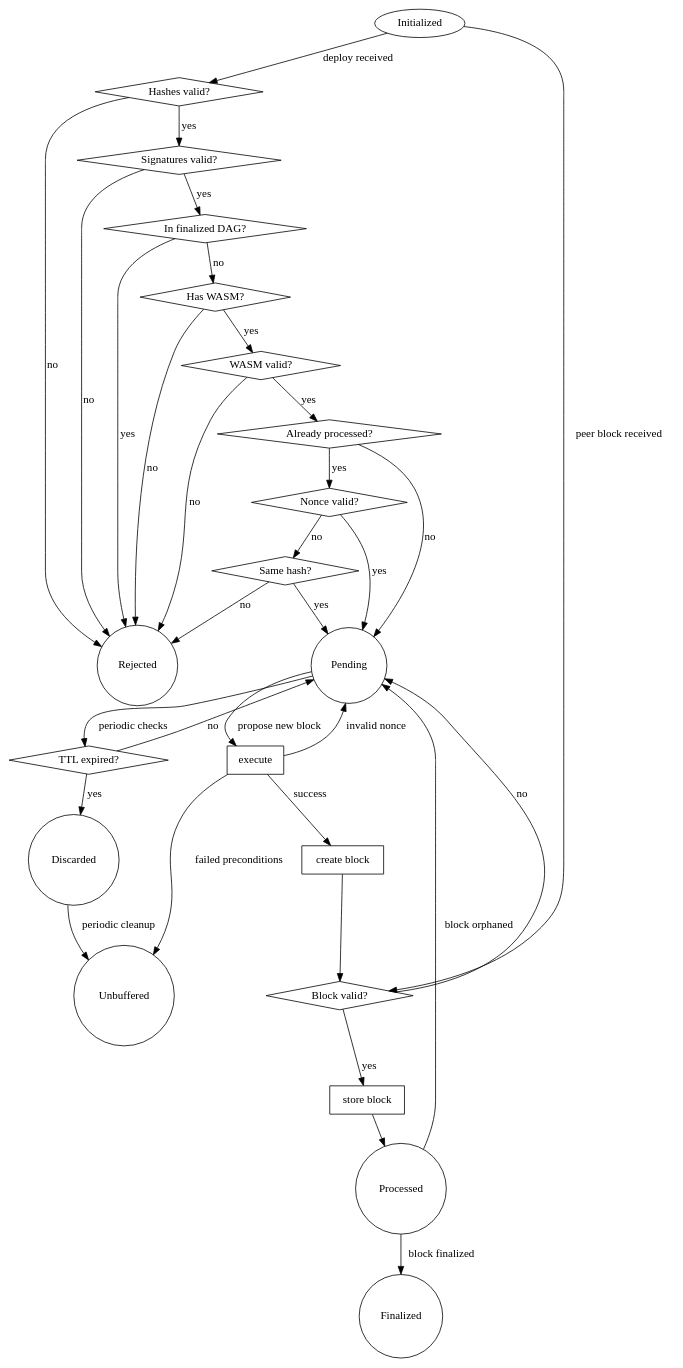
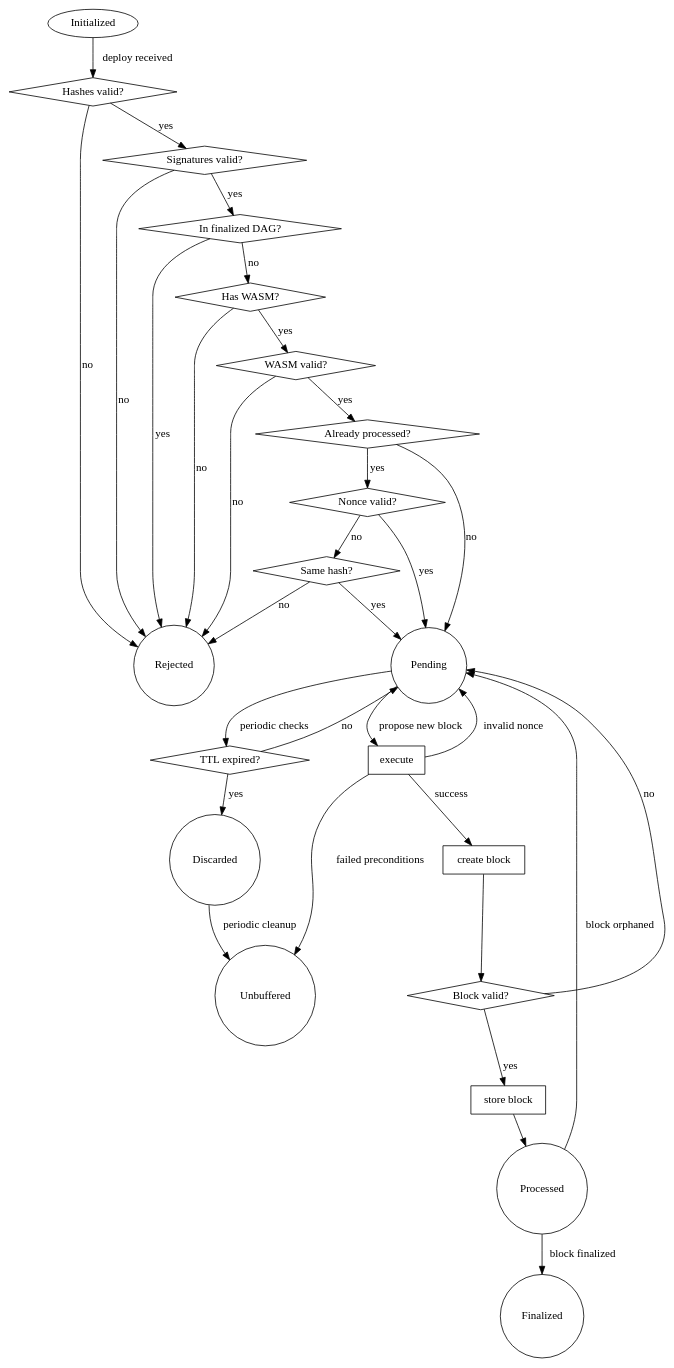
The diagram in casper/src/main/scala/io/casperlabs/casper/deploybuffer/deploys_processing.gv (sacherjj/CasperLabs), drawn with Graphviz before and after one commit. The commit also changed 3 other files, not shown here.

```diff
--- a/casper/src/main/scala/io/casperlabs/casper/deploybuffer/deploys_processing.gv
+++ b/casper/src/main/scala/io/casperlabs/casper/deploybuffer/deploys_processing.gv
@@ -1,77 +1,76 @@
 digraph deploy_processing_finite_state_machine {
 /*
     For visualisation install the Graphviz package: https://www.graphviz.org
     Compile to image using the example command: dot -Gdpi=100 -Tjpeg -o deploys.jpeg deploys_processing_fsm.gv
 
     Don't forget to update the docs/deploys_processing.svg on change
 */
 	initialized[shape="ellipse" label="Initialized"];
 	rejected[shape="circle" label="Rejected"];
 	check_hashes[shape="diamond" label="Hashes valid?"];
 	check_signatures[shape="diamond" label="Signatures valid?"];
 	check_preexistence[shape="diamond" label="In finalized DAG?"];
 	check_session_and_payment_code[shape="diamond" label="Has WASM?"];
 	check_nonce_step_one[shape="diamond" label="Already processed?"]
 	check_nonce_step_two[shape="diamond" label="Nonce valid?"]
 	check_nonce_step_three[shape="diamond" label="Same hash?"];
 	check_wasm[shape="diamond" label="WASM valid?"];
 	check_ttl[shape="diamond" label="TTL expired?"];
 
 	pending[shape="circle" label="Pending"];
 	processed[shape="circle" label="Processed"];
 	finalized[shape="circle" label="Finalized"];
 	discarded[shape="circle" label="Discarded"];
 	deleted[shape="circle" label="Unbuffered"];
 
 	check_computation_result[shape="box" label="execute"];
 	check_block[shape="diamond" label="Block valid?"];
 	create_block[shape="box" label="create block"];
 	store_block[shape="box" label="store block"];
 
 	initialized -> check_hashes [label="deploy received"];
-	initialized -> check_block [label="peer block received"];
 
 	check_hashes -> check_signatures [label="yes"];
 	check_hashes -> rejected [label="no"];
 
 	check_signatures -> check_preexistence [label="yes"];
 	check_signatures -> rejected [label="no"];
 
 	check_preexistence -> check_session_and_payment_code [label="no"];
 	check_preexistence -> rejected [label="yes"];
 
 	check_session_and_payment_code -> check_wasm [label="yes"];
 	check_session_and_payment_code -> rejected [label="no"];
 
 	check_wasm -> check_nonce_step_one [label="yes"];
 	check_wasm -> rejected [label="no"];
 
 	check_nonce_step_one -> pending [label="no"];
 	check_nonce_step_one -> check_nonce_step_two [label="yes"];
 
 	check_nonce_step_two -> pending [label="yes"];
 	check_nonce_step_two -> check_nonce_step_three [label="no"];
 
 	check_nonce_step_three -> pending [label="yes"];
 	check_nonce_step_three -> rejected [label="no"];
 
 	pending -> check_computation_result [label="propose new block"];
 	pending -> check_ttl [label="periodic checks"];
 	check_ttl -> pending [label="no"];
 	check_ttl -> discarded [label="yes"];
 
 	discarded -> deleted [label="periodic cleanup"];
 
 	check_computation_result -> deleted [label="failed preconditions"];
 	check_computation_result -> pending [label="invalid nonce"];
 	check_computation_result -> create_block [label="success"];
 
 	create_block -> check_block;
 
 	check_block -> store_block [label="yes"];
 	check_block -> pending [label="no"];
 
 	store_block -> processed;
 	processed -> pending [label="block orphaned"];
 	processed -> finalized [label="block finalized"];
 }
```
